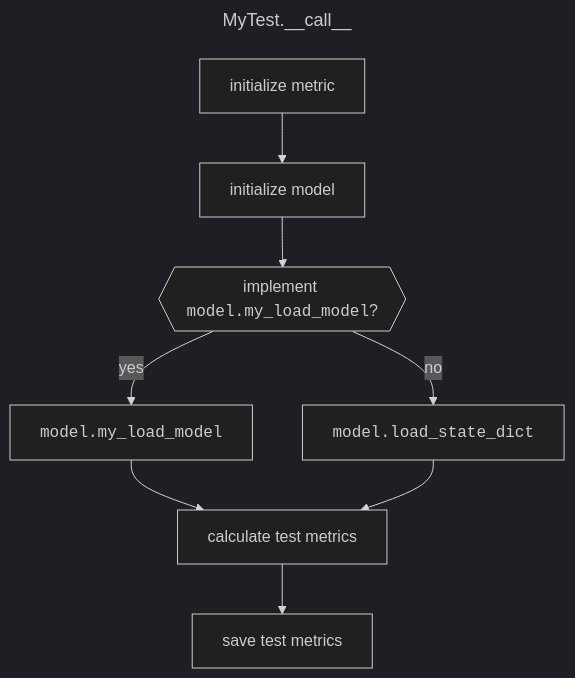
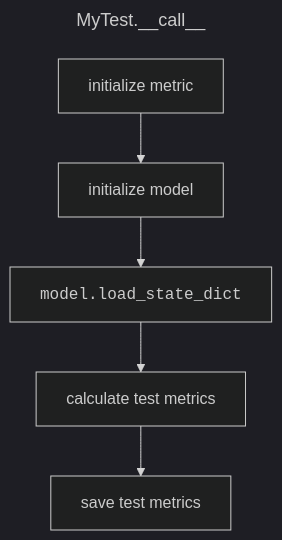
Before and after one commit to ljw20180420/common_ai: the second of 2 diagrams in README.md, drawn with Mermaid (dark theme). The commit also changed 2 other files, not shown here.

Commit message:
change class_path regex from Config to Model

````diff
--- a/README.md
+++ b/README.md
@@ -56,12 +56,7 @@
 ```mermaid
 ---
 title: MyTest.__call__
 ---
 flowchart TD
-    A[initialize metric] --> B[initialize model] --> C{{implement <code>model.my_load_model</code>?}}
-    C -- yes --> D[<code>model.my_load_model</code>]
-    C -- no --> E[<code>model.load_state_dict</code>]
-    D --> F[calculate test metrics]
-    E --> F
-    F --> G[save test metrics]
+    A[initialize metric] --> B[initialize model] --> E[<code>model.load_state_dict</code>] --> F[calculate test metrics] --> G[save test metrics]
 ```
````
